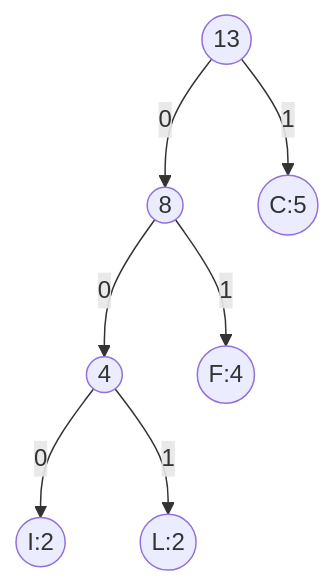
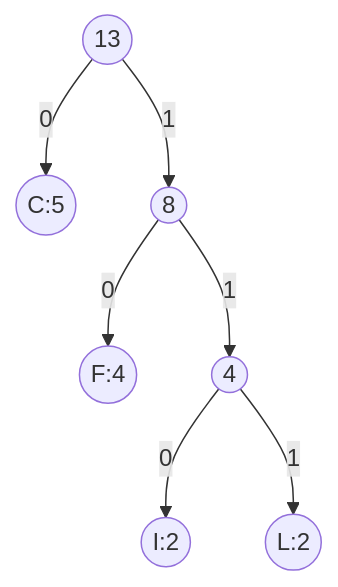
One commit to norbutlepcha25/CSF302 changed the first of 2 diagrams in docs/unit7/topic3.md. Above: the diagram before and after it, drawn with Mermaid. The commit also changed other lines of this file and 79 other files, not shown here.

````diff
--- a/docs/unit7/topic3.md
+++ b/docs/unit7/topic3.md
@@ -102,19 +97,9 @@
-    ```mermaid
-    graph TD
-    R((13))
-    X2((8))
-    X1((4))
-    I((I:2))
-    L((L:2))
-    F((F:4))
-    C((C:5))
-
-
-    R -->|0| X2
-    R -->|1| C
-    X2 -->|0| X1
-    X2 -->|1| F
-    X1 -->|0| I
-    X1 -->|1| L
-
-    ```
+```mermaid
+graph TD
+    R((13)) -->|0| C((C:5))
+    R -->|1| X8((8))
+    X8 -->|0| F((F:4))
+    X8 -->|1| X4((4))
+    X4 -->|0| I((I:2))
+    X4 -->|1| L((L:2))
+```
````
